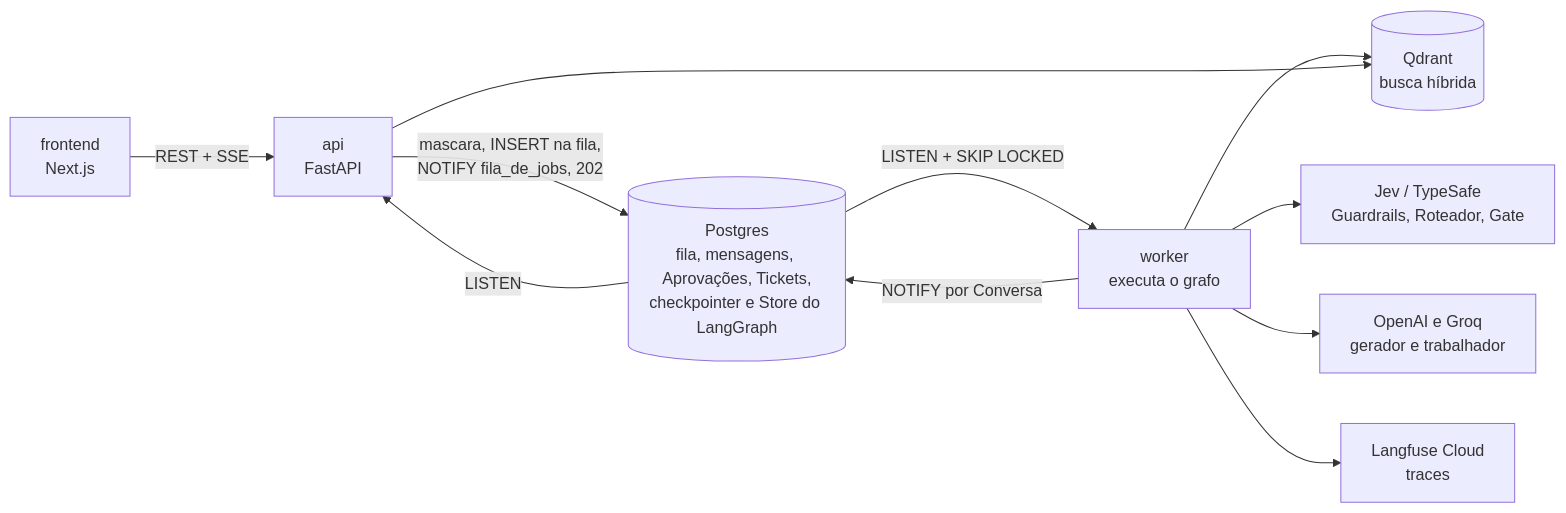
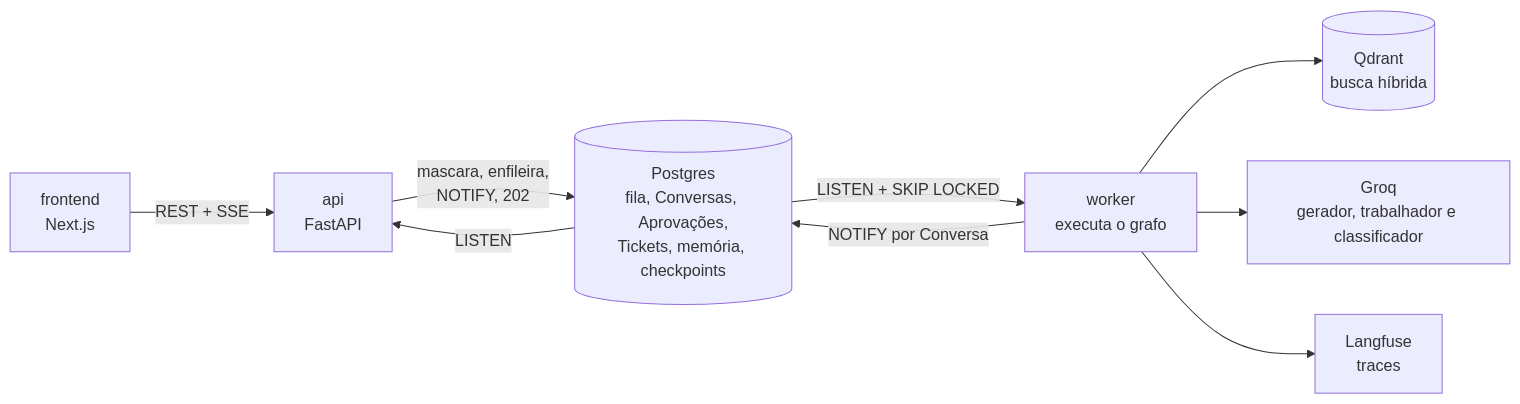
The second of 2 diagrams in README.md (Phb29/faisca-agente-ia), drawn with Mermaid before and after one commit. The commit also changed other lines of this file and 1 other file, not shown here.

````diff
--- a/README.md
+++ b/README.md
@@ -33,13 +63,11 @@
 ```mermaid
 flowchart LR
     FE[frontend<br/>Next.js] -- REST + SSE --> API[api<br/>FastAPI]
-    API -- mascara, INSERT na fila,<br/>NOTIFY fila_de_jobs, 202 --> PG[(Postgres<br/>fila, mensagens, Aprovações, Tickets,<br/>checkpointer e Store do LangGraph)]
+    API -- mascara, enfileira,<br/>NOTIFY, 202 --> PG[(Postgres<br/>fila, Conversas, Aprovações,<br/>Tickets, memória, checkpoints)]
     PG -- LISTEN + SKIP LOCKED --> WK[worker<br/>executa o grafo]
     WK -- NOTIFY por Conversa --> PG
     PG -- LISTEN --> API
     WK --> QD[(Qdrant<br/>busca híbrida)]
-    WK --> JEV[Jev / TypeSafe<br/>Guardrails, Roteador, Gate]
-    WK --> LLM[OpenAI e Groq<br/>gerador e trabalhador]
-    WK --> LF[Langfuse Cloud<br/>traces]
-    API --> QD
+    WK --> LLM[Groq<br/>gerador, trabalhador e classificador]
+    WK --> LF[Langfuse<br/>traces]
 ```
````
